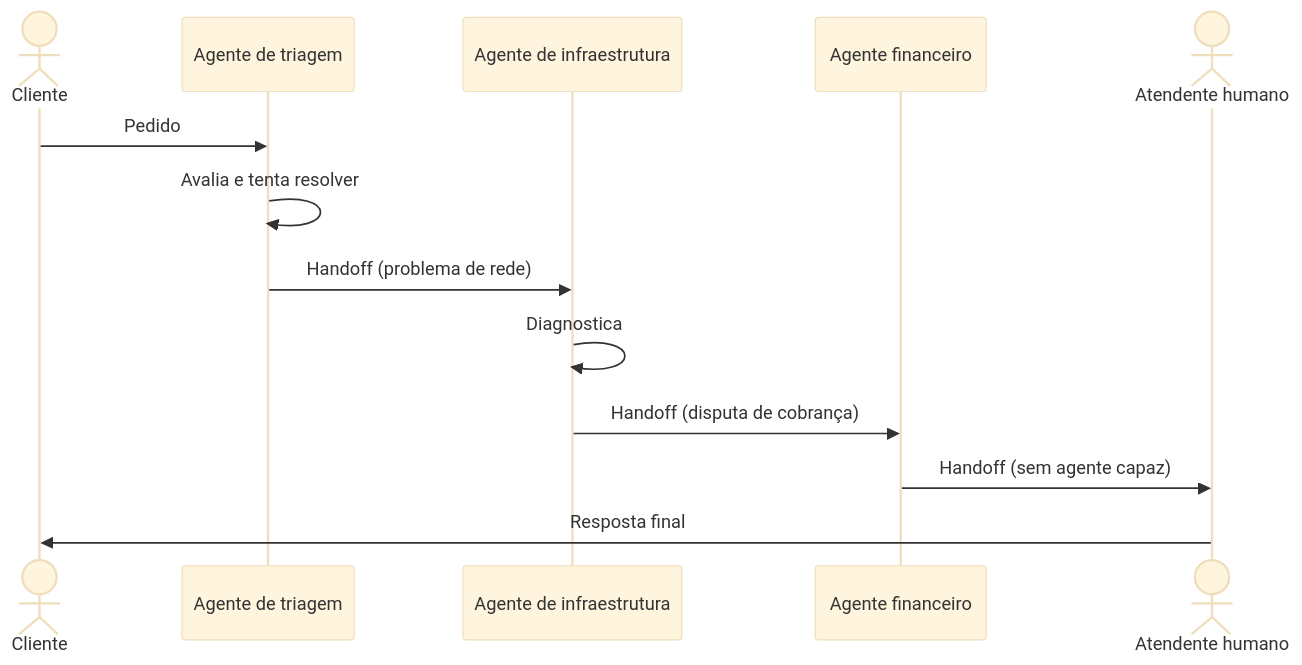
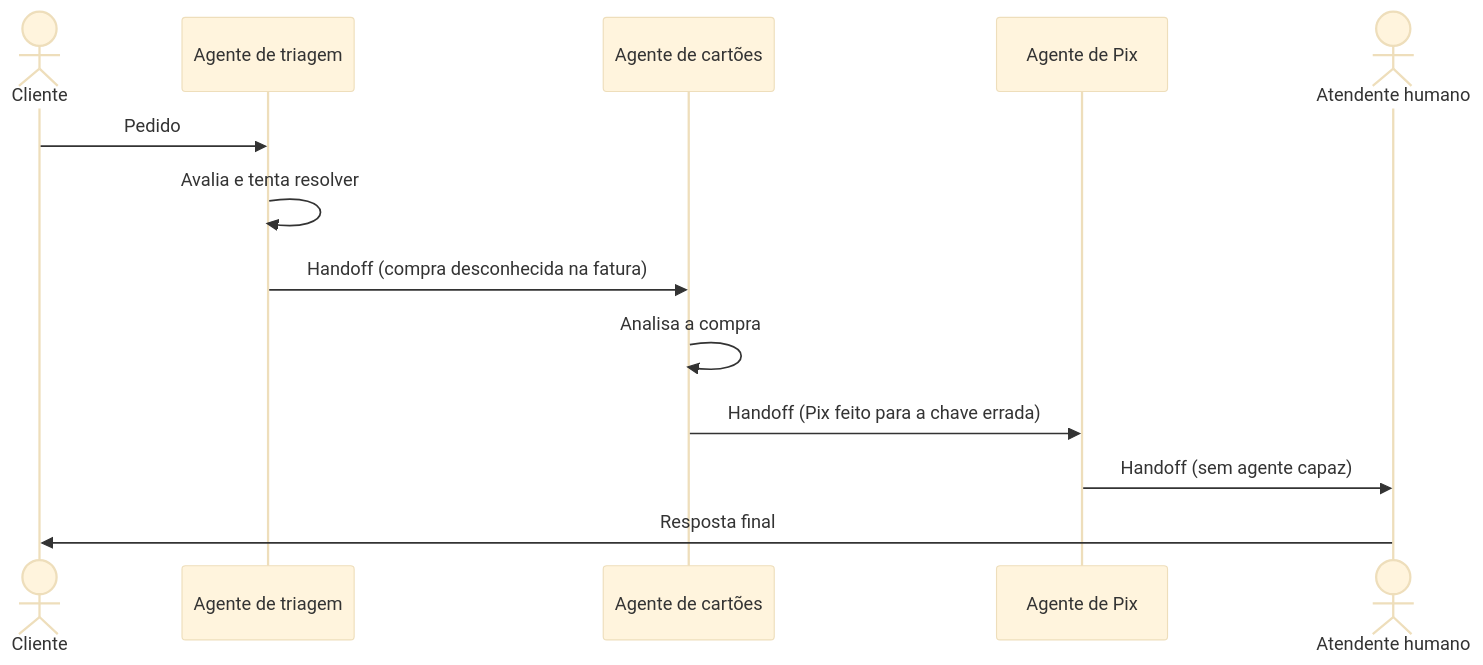
Before and after one commit to alancesar/design-patterns: the diagram in docs/ai/agent-patterns/dynamic-orchestration/handoff-orchestration.md, drawn with Mermaid (base theme). The commit also changed 13 other files, not shown here.

Commit message:
Switch agent-patterns concrete diagrams to fintech scenarios

````diff
--- a/docs/ai/agent-patterns/dynamic-orchestration/handoff-orchestration.md
+++ b/docs/ai/agent-patterns/dynamic-orchestration/handoff-orchestration.md
@@ -61,15 +61,15 @@
 ```mermaid
 sequenceDiagram
     actor U as Cliente
     participant T as Agente de triagem
-    participant I as Agente de infraestrutura
-    participant F as Agente financeiro
+    participant I as Agente de cartões
+    participant F as Agente de Pix
     actor H as Atendente humano
     U->>T: Pedido
     T->>T: Avalia e tenta resolver
-    T->>I: Handoff (problema de rede)
-    I->>I: Diagnostica
-    I->>F: Handoff (disputa de cobrança)
+    T->>I: Handoff (compra desconhecida na fatura)
+    I->>I: Analisa a compra
+    I->>F: Handoff (Pix feito para a chave errada)
     F->>H: Handoff (sem agente capaz)
     H->>U: Resposta final
 ```
````
